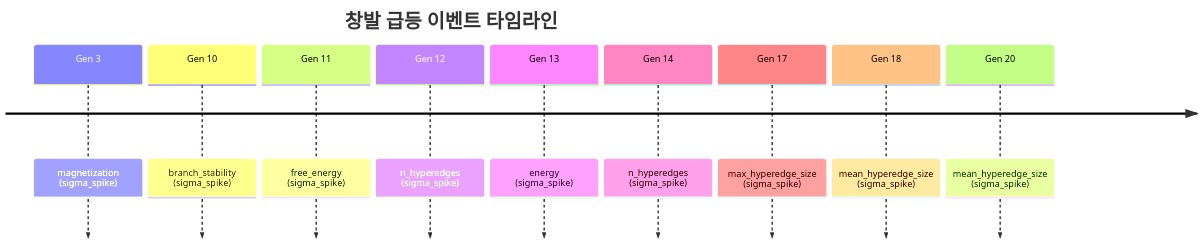
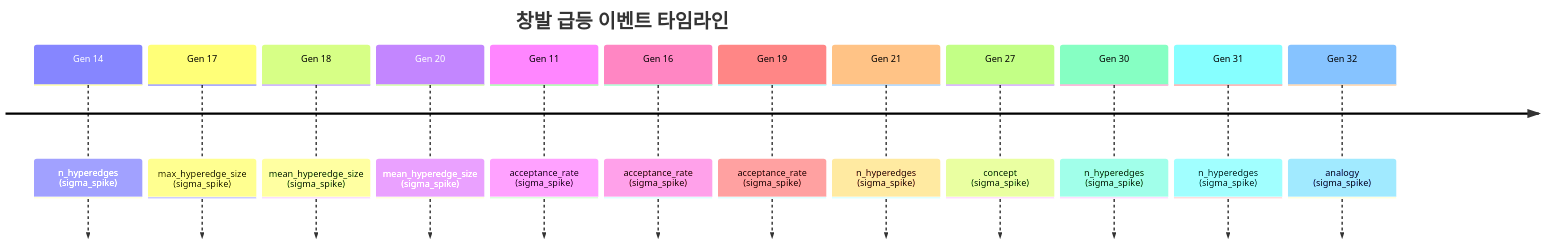
Before and after one commit to need-singularity/test-1: the second of 2 diagrams in README.md, drawn with Mermaid. The commit also changed other lines of this file and 9 other files, not shown here.

````diff
--- a/README.md
+++ b/README.md
@@ -97,13 +110,16 @@
 ```mermaid
 timeline
     title 창발 급등 이벤트 타임라인
-    Gen 3 : magnetization (sigma_spike)
-    Gen 10 : branch_stability (sigma_spike)
-    Gen 11 : free_energy (sigma_spike)
-    Gen 12 : n_hyperedges (sigma_spike)
-    Gen 13 : energy (sigma_spike)
     Gen 14 : n_hyperedges (sigma_spike)
     Gen 17 : max_hyperedge_size (sigma_spike)
     Gen 18 : mean_hyperedge_size (sigma_spike)
     Gen 20 : mean_hyperedge_size (sigma_spike)
+    Gen 11 : acceptance_rate (sigma_spike)
+    Gen 16 : acceptance_rate (sigma_spike)
+    Gen 19 : acceptance_rate (sigma_spike)
+    Gen 21 : n_hyperedges (sigma_spike)
+    Gen 27 : concept (sigma_spike)
+    Gen 30 : n_hyperedges (sigma_spike)
+    Gen 31 : n_hyperedges (sigma_spike)
+    Gen 32 : analogy (sigma_spike)
 ```
````
